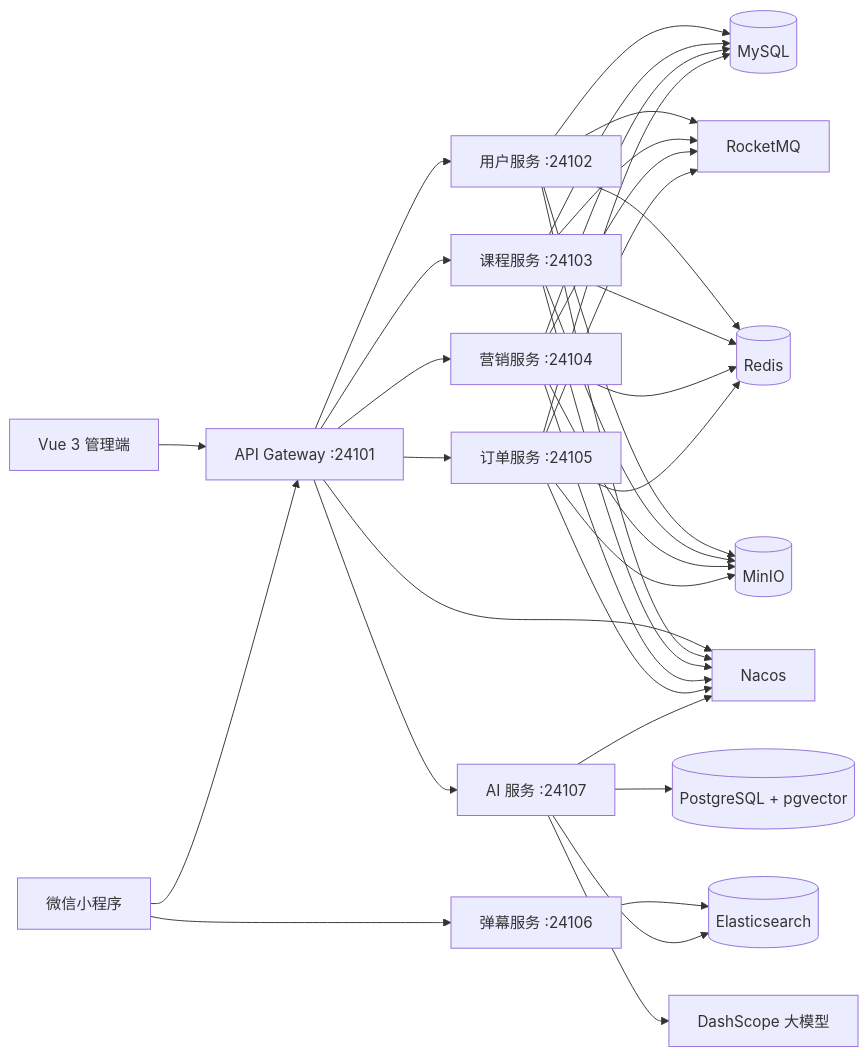
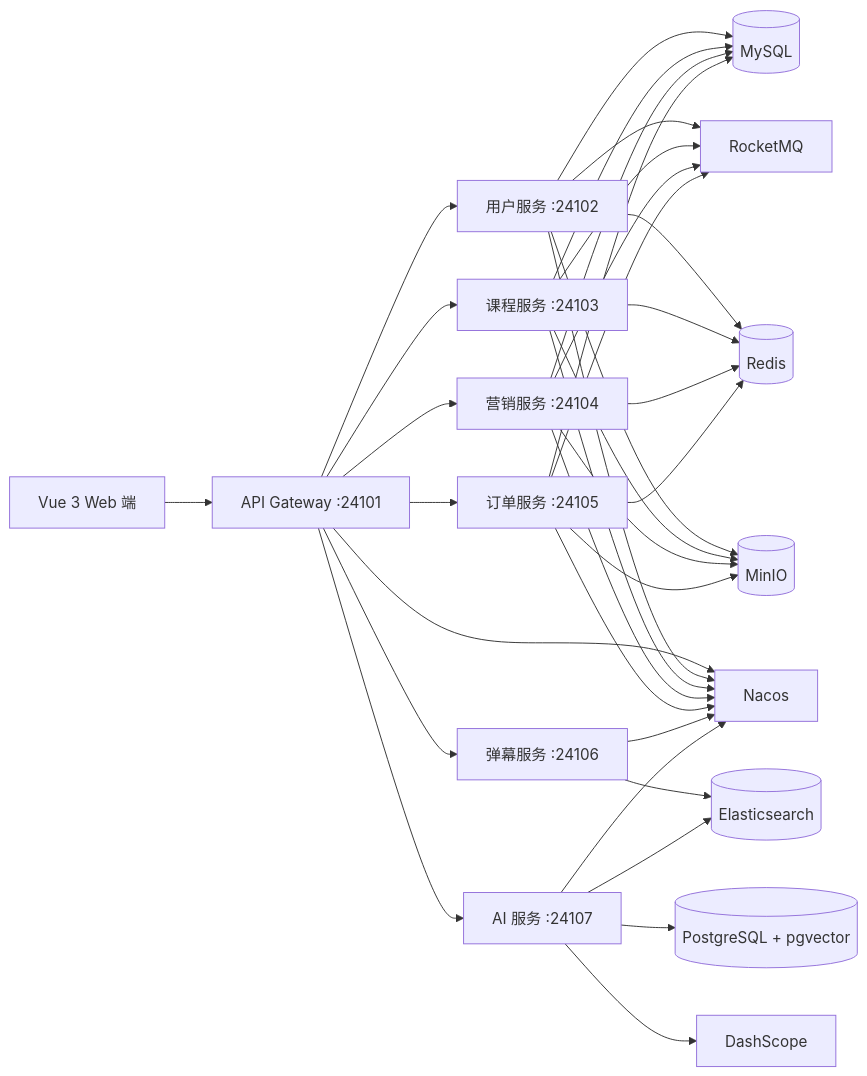
Before and after one commit to yangaobo0235/my-lesson: the diagram in README.md, drawn with Mermaid. The commit also changed other lines of this file and 192 other files, not shown here.

````diff
--- a/README.md
+++ b/README.md
@@ -28,29 +46,27 @@
 ```mermaid
 flowchart LR
-    Web["Vue 3 管理端"] --> Gateway["API Gateway :24101"]
-    MiniApp["微信小程序"] --> Gateway
+    Web["Vue 3 Web 端"] --> Gateway["API Gateway :24101"]
 
     Gateway --> User["用户服务 :24102"]
     Gateway --> Course["课程服务 :24103"]
     Gateway --> Sale["营销服务 :24104"]
     Gateway --> Order["订单服务 :24105"]
+    Gateway --> Barrage["弹幕服务 :24106"]
     Gateway --> AI["AI 服务 :24107"]
-
-    MiniApp --> Barrage["弹幕服务 :24106"]
 
     User --> MySQL[("MySQL")]
     Course --> MySQL
     Sale --> MySQL
     Order --> MySQL
     Barrage --> ES[("Elasticsearch")]
 
     AI --> PG[("PostgreSQL + pgvector")]
     AI --> ES
-    AI --> DashScope["DashScope 大模型"]
+    AI --> DashScope["DashScope"]
 
     User & Course & Sale & Order --> MQ["RocketMQ"]
     User & Course & Sale & Order --> Redis[("Redis")]
     User & Course & Sale & Order --> MinIO[("MinIO")]
 
-    Gateway & User & Course & Sale & Order & AI --> Nacos["Nacos"]
+    Gateway & User & Course & Sale & Order & Barrage & AI --> Nacos["Nacos"]
 ```
````
